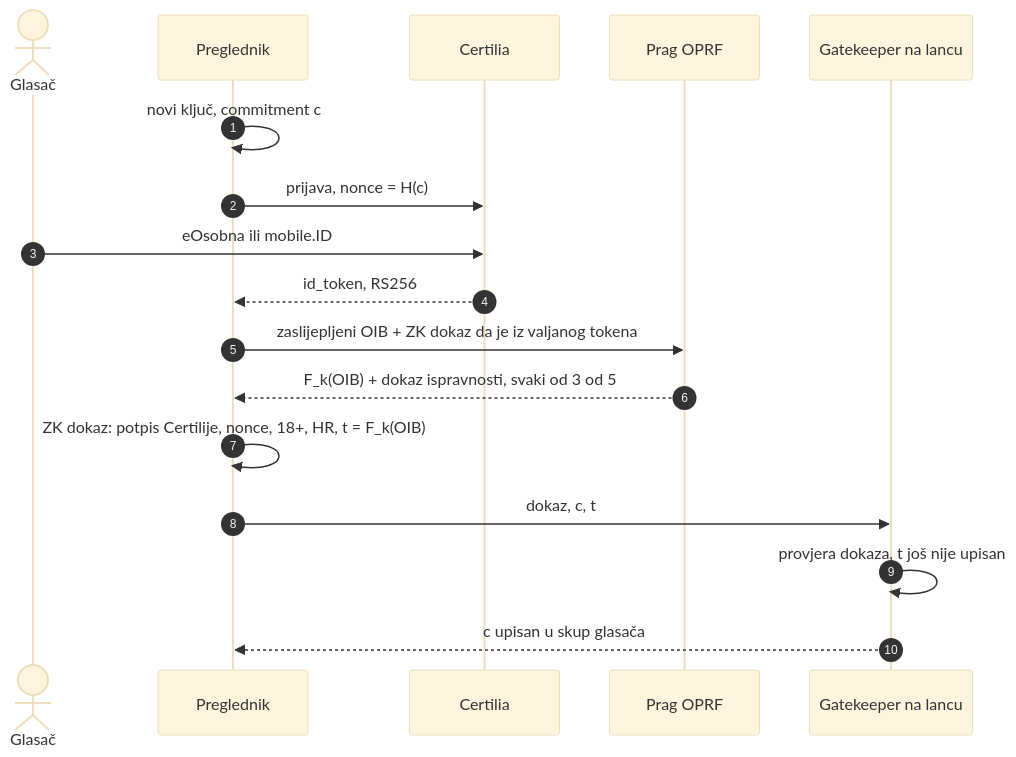
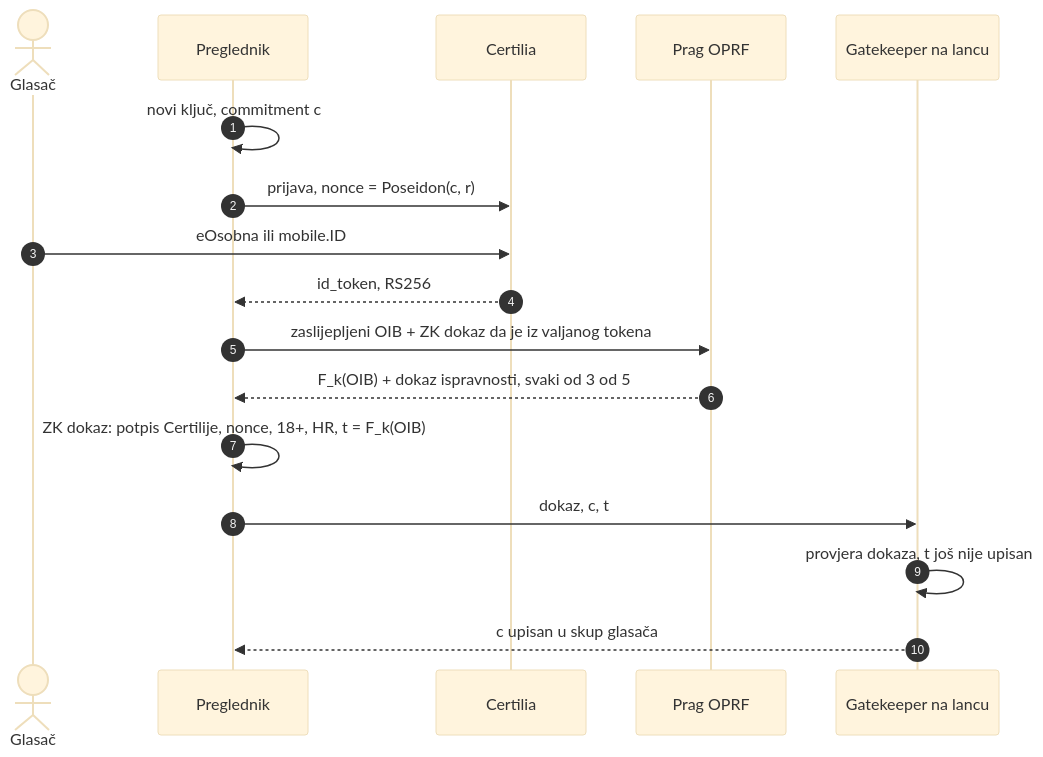
The second of 5 diagrams in docs/2026-10-08-opci-model-glasovanja.md (stepanic/stadion-maksimir-natjecaj-2026), drawn with Mermaid (base theme) before and after one commit. The commit also changed other lines of this file and 2 other files, not shown here.

````diff
--- a/docs/2026-10-08-opci-model-glasovanja.md
+++ b/docs/2026-10-08-opci-model-glasovanja.md
@@ -198,19 +199,19 @@
 ```mermaid
 sequenceDiagram
   autonumber
   actor U as Glasač
   participant B as Preglednik
   participant I as Certilia
   participant O as Prag OPRF
   participant C as Gatekeeper na lancu
   B->>B: novi ključ, commitment c
-  B->>I: prijava, nonce = H(c)
+  B->>I: prijava, nonce = Poseidon(c, r)
   U->>I: eOsobna ili mobile.ID
   I-->>B: id_token, RS256
   B->>O: zaslijepljeni OIB + ZK dokaz da je iz valjanog tokena
   O-->>B: F_k(OIB) + dokaz ispravnosti, svaki od 3 od 5
   B->>B: ZK dokaz: potpis Certilije, nonce, 18+, HR, t = F_k(OIB)
   B->>C: dokaz, c, t
   C->>C: provjera dokaza, t još nije upisan
   C-->>B: c upisan u skup glasača
 ```
````
